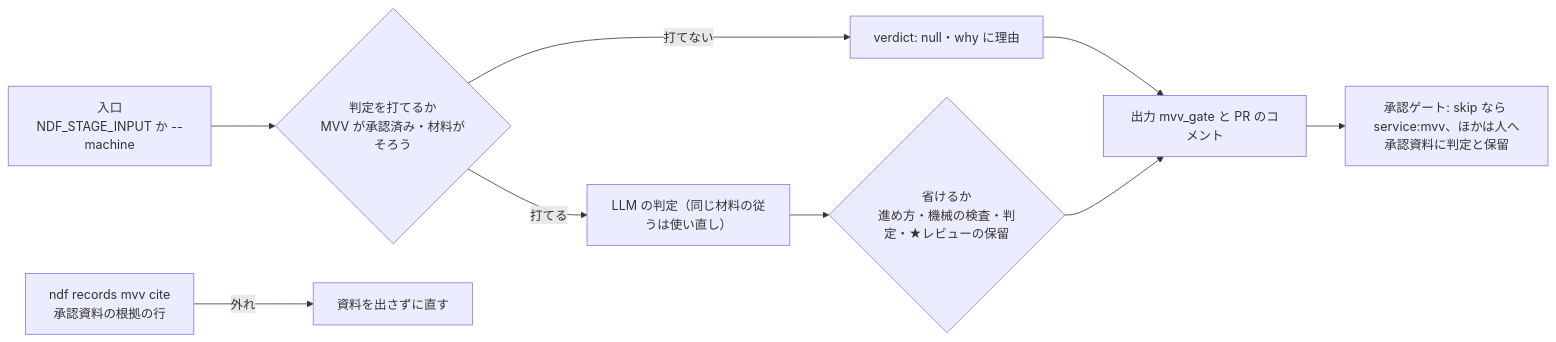
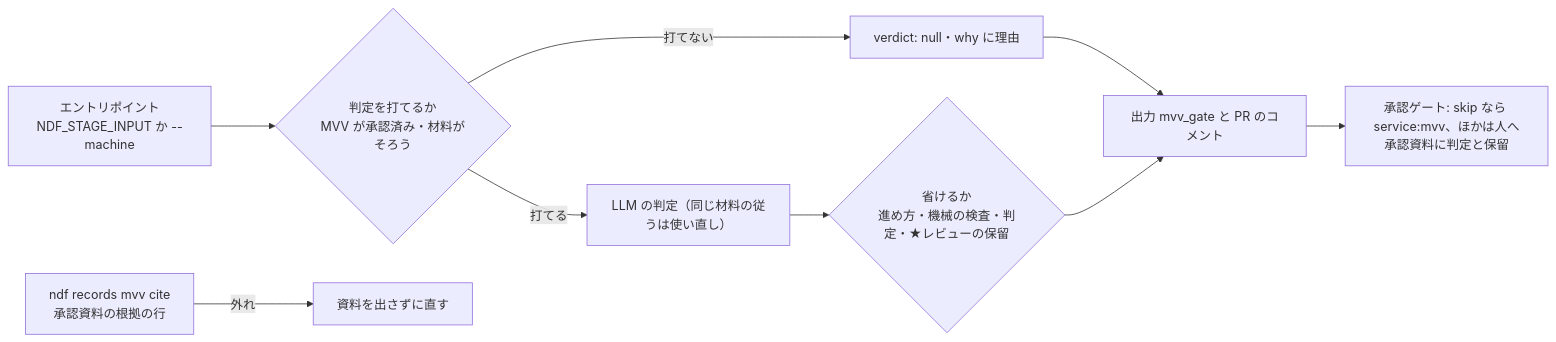
One commit to devbasex/ai-plugins changed the second of 4 diagrams in issues/issue-3959-4055-design.md. Above: the diagram before and after it, drawn with Mermaid. The commit also changed other lines of this file and 3 other files, not shown here.

````diff
--- a/issues/issue-3959-4055-design.md
+++ b/issues/issue-3959-4055-design.md
@@ -53,11 +56,11 @@
 ```mermaid
 graph LR
-  IN["入口<br>NDF_STAGE_INPUT か --machine"] --> PRE{"判定を打てるか<br>MVV が承認済み・材料がそろう"}
+  IN["エントリポイント<br>NDF_STAGE_INPUT か --machine"] --> PRE{"判定を打てるか<br>MVV が承認済み・材料がそろう"}
   PRE -->|打てない| NV["verdict: null・why に理由"]
   PRE -->|打てる| J["LLM の判定（同じ材料の従うは使い直し）"]
   J --> SK{"省けるか<br>進め方・機械の検査・判定・★レビューの保留"}
   NV --> OUT["出力 mvv_gate と PR のコメント"]
   SK --> OUT
   OUT --> GATE["承認ゲート: skip なら service:mvv、ほかは人へ<br>承認資料に判定と保留"]
   CITE["ndf records mvv cite<br>承認資料の根拠の行"] -->|外れ| STOP["資料を出さずに直す"]
 ```
````
